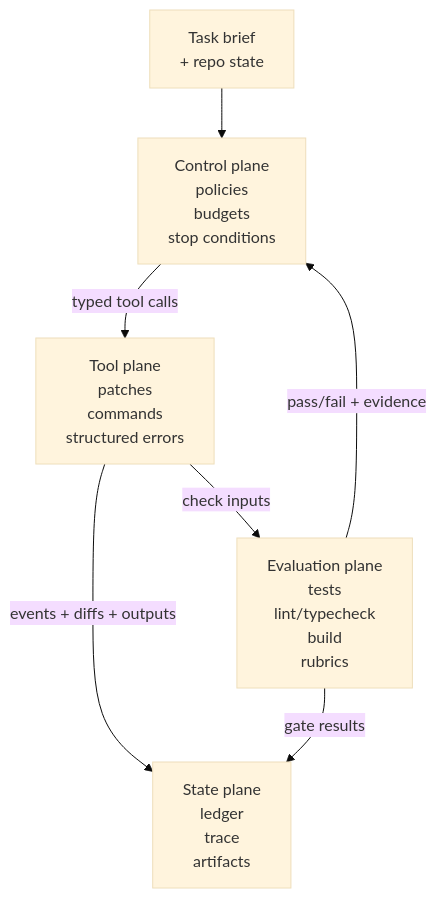
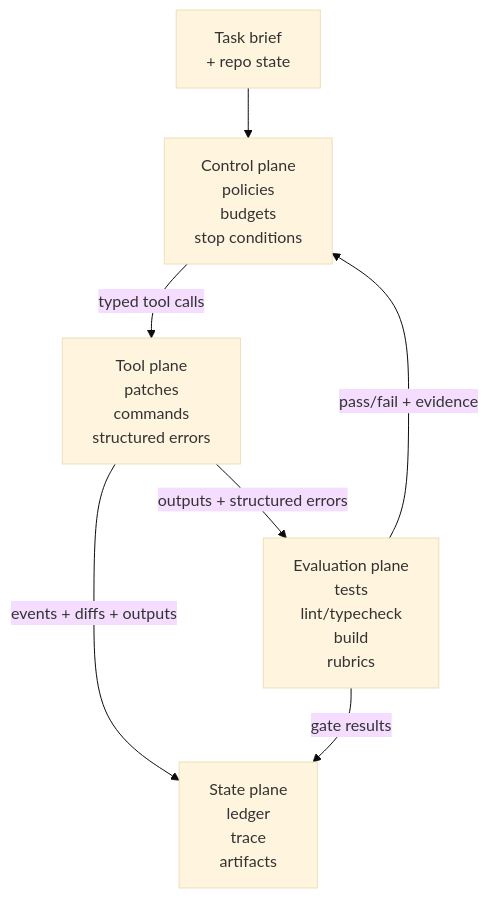
Before and after one commit to rmax-ai/ai-first-software-engineering-book: the first of 2 diagrams in book/chapters/02-harness-engineering.md, drawn with Mermaid (base theme). The commit also changed other lines of this file and 73 other files, not shown here.

````diff
--- a/book/chapters/02-harness-engineering.md
+++ b/book/chapters/02-harness-engineering.md
@@ -47,16 +49,18 @@
 ```mermaid
 flowchart TB
   TB[Task brief<br/>+ repo state]
 
   C[Control plane<br/>policies<br/>budgets<br/>stop conditions]
   T[Tool plane<br/>patches<br/>commands<br/>structured errors]
   E[Evaluation plane<br/>tests<br/>lint/typecheck<br/>build<br/>rubrics]
   S[State plane<br/>ledger<br/>trace<br/>artifacts]
 
   TB --> C
+
   C -->|typed tool calls| T
-  T -->|check inputs| E
+  T -->|outputs + structured errors| E
   E -->|pass/fail + evidence| C
+
   T -->|events + diffs + outputs| S
   E -->|gate results| S
 ```
````
